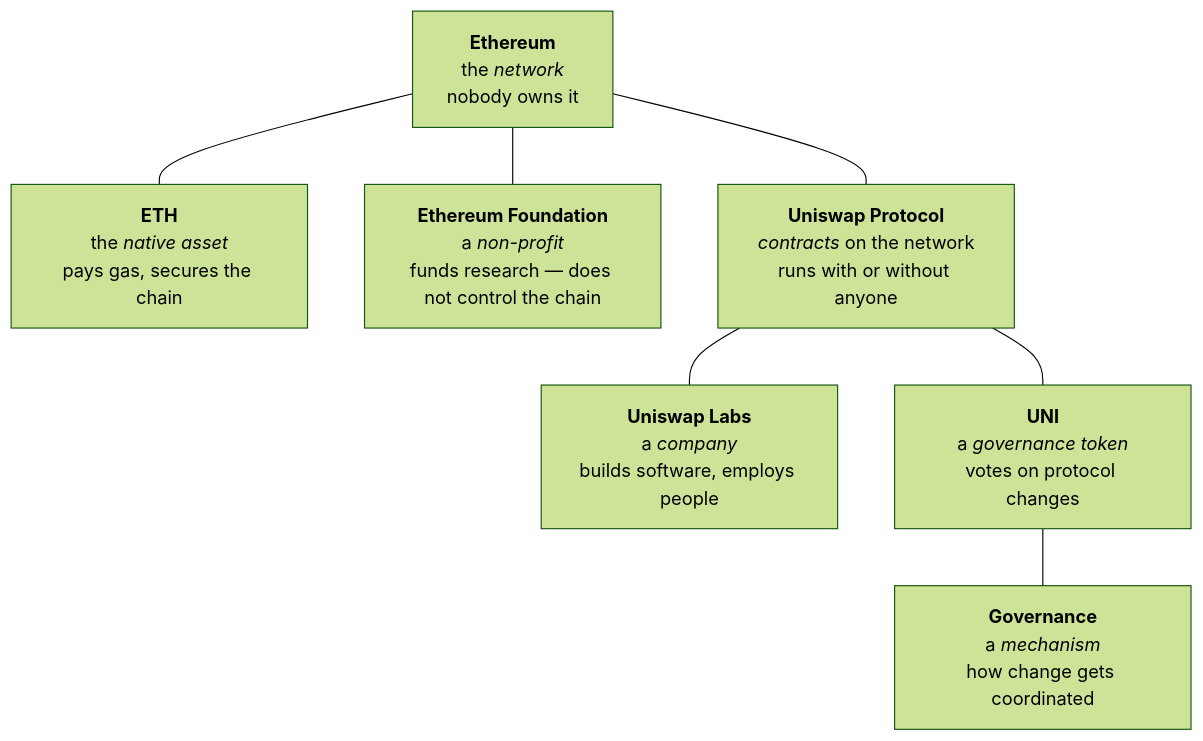
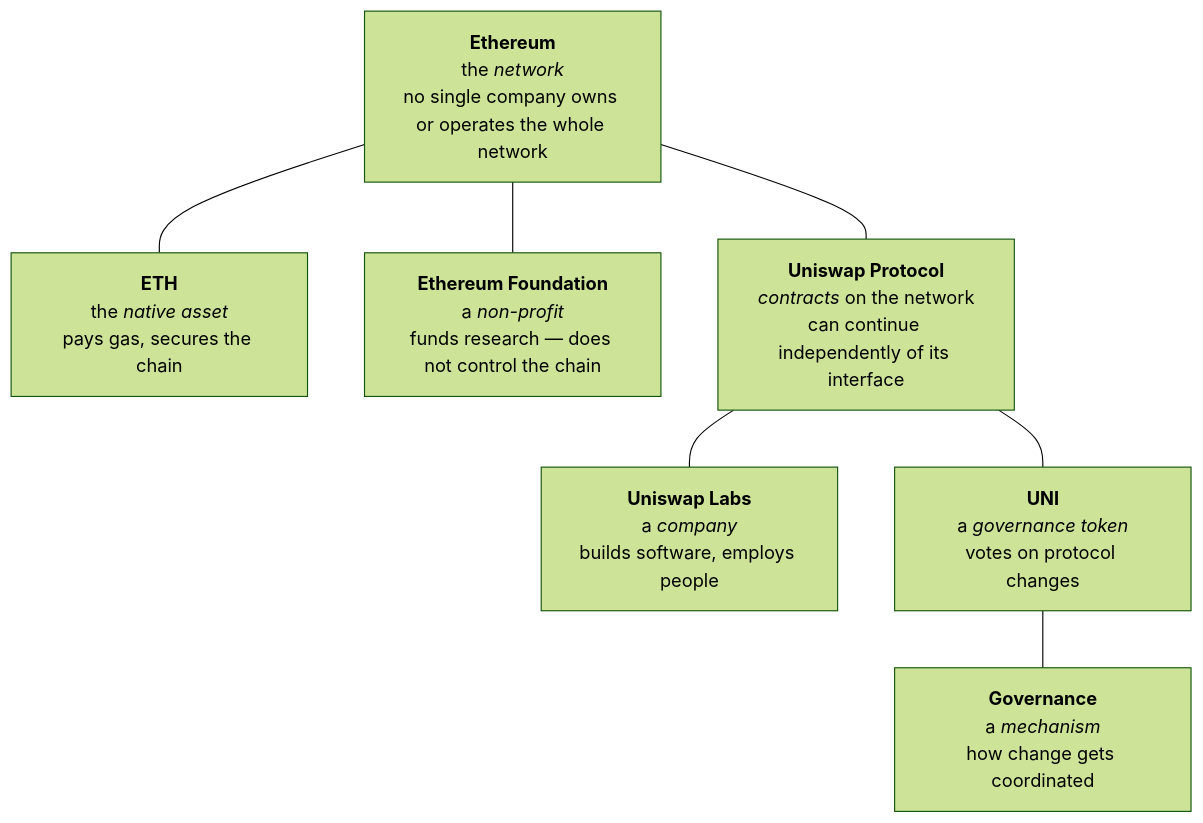
The diagram in docs/foundation/week-4/day-2-who-is-who.md (Blockchain-NTU-SG/academy-handbook), drawn with Mermaid (forest theme) before and after one commit. The commit also changed other lines of this file and 17 other files, not shown here.

````diff
--- a/docs/foundation/week-4/day-2-who-is-who.md
+++ b/docs/foundation/week-4/day-2-who-is-who.md
@@ -51,16 +51,16 @@
 ```mermaid
 flowchart TD
-  E["<b>Ethereum</b><br/>the <i>network</i><br/>nobody owns it"]
+  E["<b>Ethereum</b><br/>the <i>network</i><br/>no single company owns or operates the whole network"]
   ETH["<b>ETH</b><br/>the <i>native asset</i><br/>pays gas, secures the chain"]
   EF["<b>Ethereum Foundation</b><br/>a <i>non-profit</i><br/>funds research — does not control the chain"]
-  UP["<b>Uniswap Protocol</b><br/><i>contracts</i> on the network<br/>runs with or without anyone"]
+  UP["<b>Uniswap Protocol</b><br/><i>contracts</i> on the network<br/>can continue independently of its interface"]
   UL["<b>Uniswap Labs</b><br/>a <i>company</i><br/>builds software, employs people"]
   UNI["<b>UNI</b><br/>a <i>governance token</i><br/>votes on protocol changes"]
   G["<b>Governance</b><br/>a <i>mechanism</i><br/>how change gets coordinated"]
   E --- ETH
   E --- EF
   E --- UP
   UP --- UL
   UP --- UNI
   UNI --- G
 ```
````
